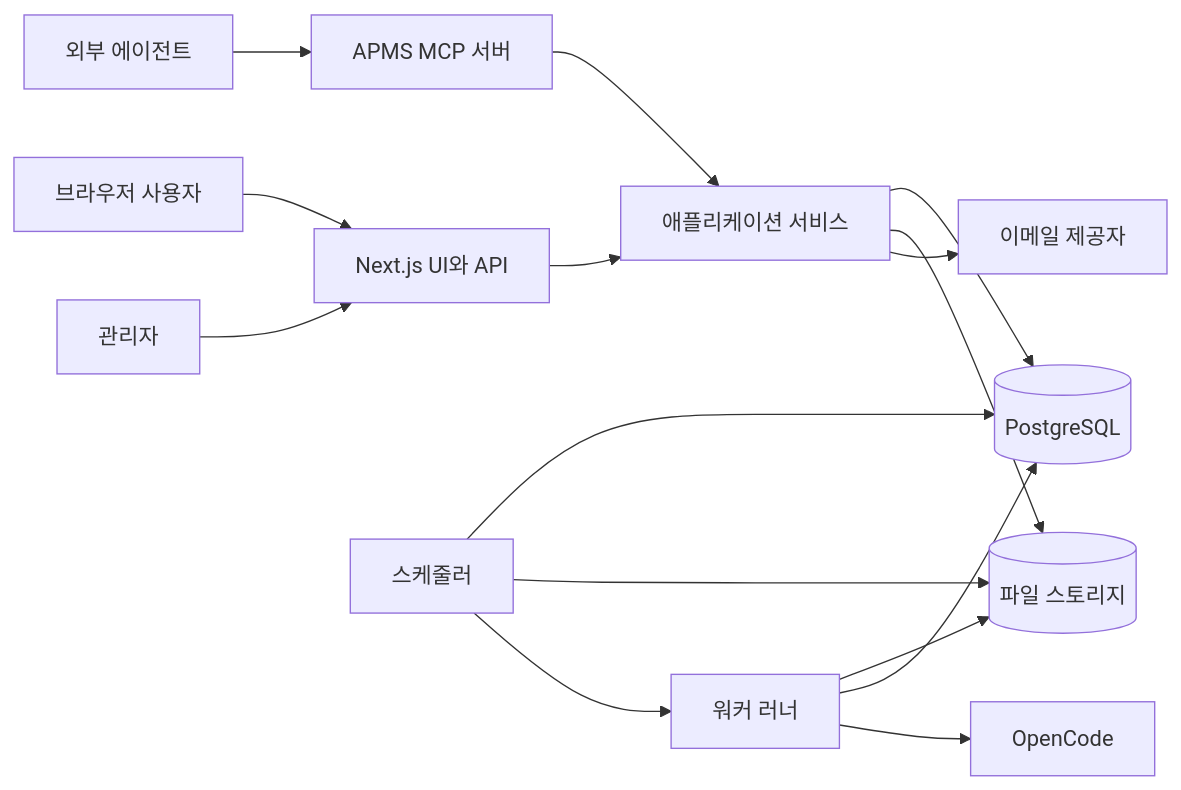
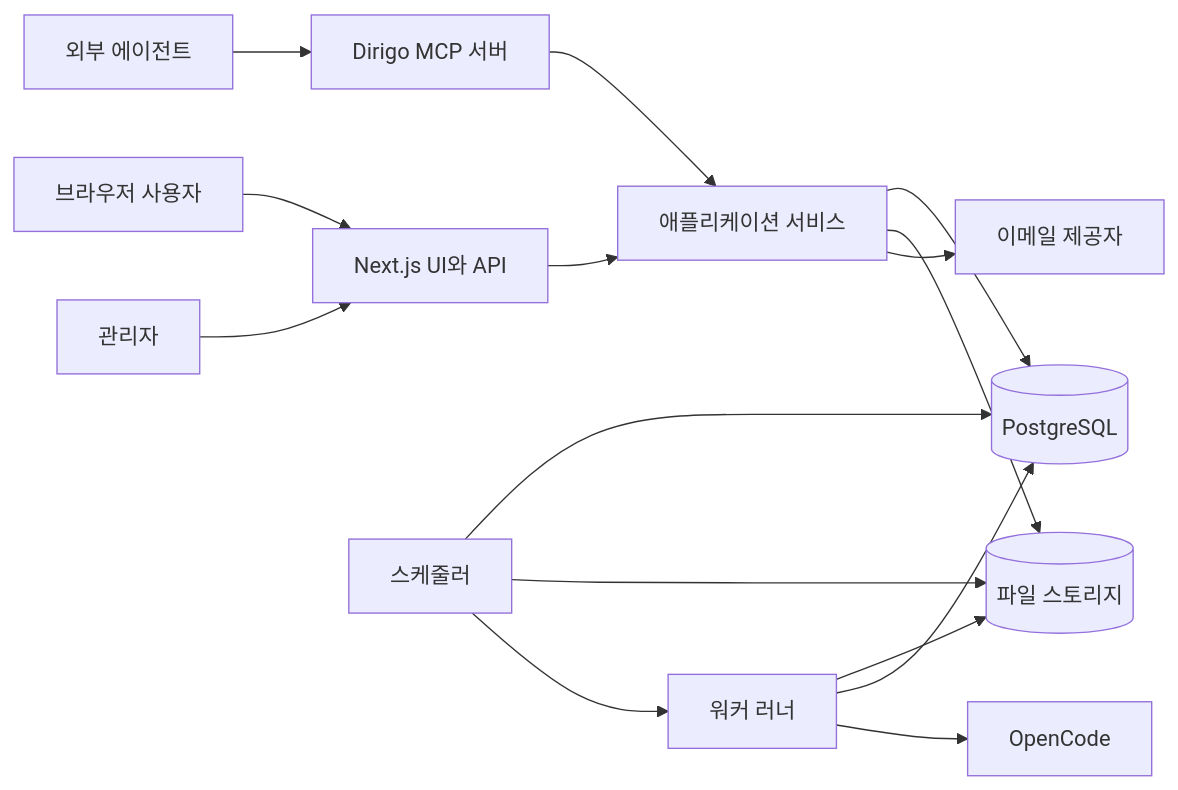
Before and after one commit to lisyoen/apms: the first of 5 diagrams in docs/ko/ARCHITECTURE.md, drawn with Mermaid. The commit also changed other lines of this file and 31 other files, not shown here.

Commit message:
feat: rename APMS to Dirigo in README, package and UI (#3)

````diff
--- a/docs/ko/ARCHITECTURE.md
+++ b/docs/ko/ARCHITECTURE.md
@@ -43,17 +45,17 @@
 ```mermaid
 flowchart LR
   U[브라우저 사용자] --> W[Next.js UI와 API]
   A[관리자] --> W
-  M[외부 에이전트] --> MCP[APMS MCP 서버]
+  M[외부 에이전트] --> MCP[Dirigo MCP 서버]
   MCP --> SVC[애플리케이션 서비스]
   W --> SVC
   SVC --> DB[(PostgreSQL)]
   SVC --> FS[(파일 스토리지)]
   SCH[스케줄러] --> DB
   SCH --> FS
   SCH --> RUN[워커 러너]
   RUN --> FS
   RUN --> DB
   RUN --> OC[OpenCode]
   SVC --> MAIL[이메일 제공자]
 ```
````
